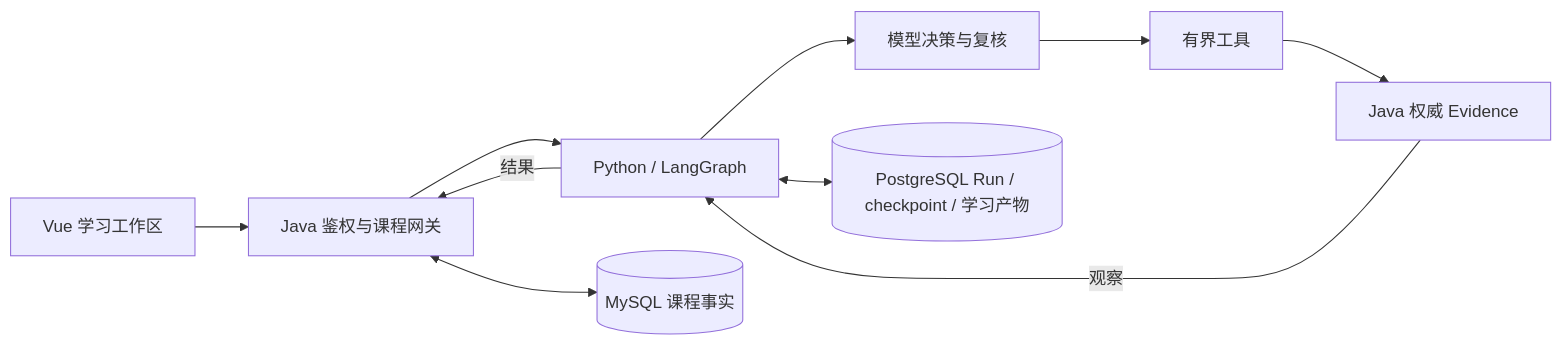
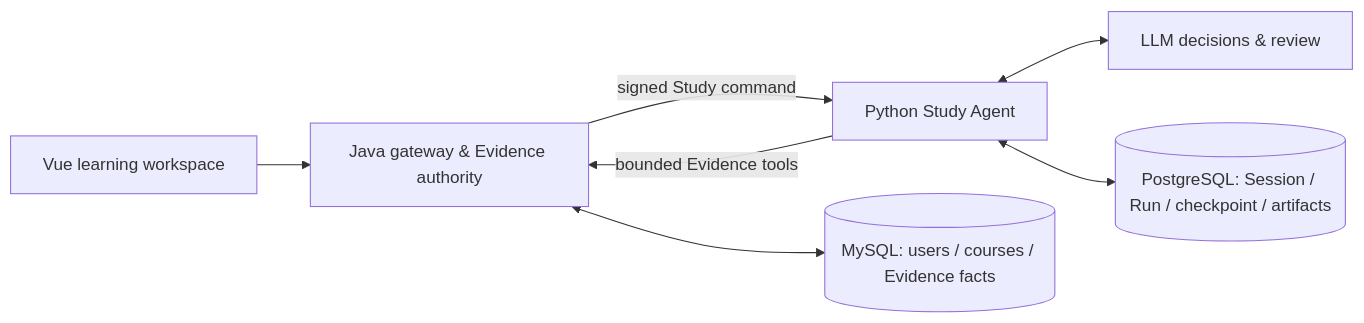
One commit to a27497/lecturelens changed the diagram in README.md. Above: the diagram before and after it, drawn with Mermaid. The commit also changed other lines of this file and 11 other files, not shown here.

````diff
--- a/README.md
+++ b/README.md
@@ -15,12 +46,9 @@
 ```mermaid
 flowchart LR
-    U[Vue 学习工作区] --> J[Java 鉴权与课程网关]
-    J --> P[Python / LangGraph]
-    P --> M[模型决策与复核]
-    M --> T[有界工具]
-    T --> E[Java 权威 Evidence]
-    E -->|观察| P
-    P <--> D[(PostgreSQL Run / checkpoint / 学习产物)]
-    J <--> B[(MySQL 课程事实)]
-    P -->|结果| J
+    V[Vue learning workspace] --> J[Java gateway & Evidence authority]
+    J -->|signed Study command| A[Python Study Agent]
+    A -->|bounded Evidence tools| J
+    A <--> L[LLM decisions & review]
+    A <--> P[(PostgreSQL: Session / Run / checkpoint / artifacts)]
+    J <--> M[(MySQL: users / courses / Evidence facts)]
 ```
````
